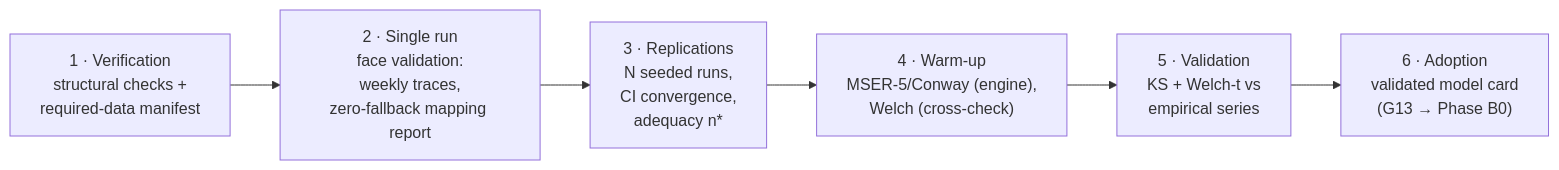
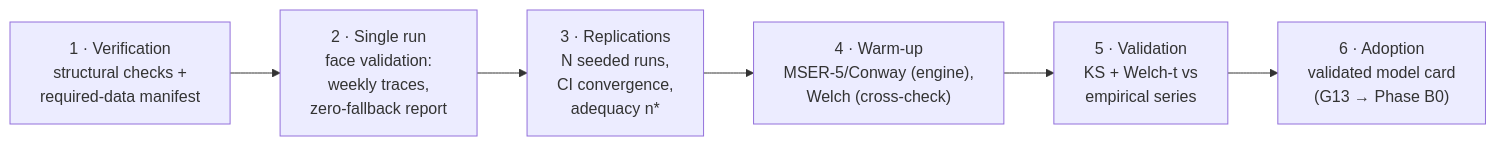
One commit to suresuite/suresuite-v001-3-f6699a5b changed the second of 2 diagrams in docs/design/platform-architecture-report.md. Above: the diagram before and after it, drawn with Mermaid. The commit also changed other lines of this file and 1 other file, not shown here.

First line of the commit message:
§12 + report v2.0: code-verified architecture, design rationale, SOTA argument, five-agent AI roster

````diff
--- a/docs/design/platform-architecture-report.md
+++ b/docs/design/platform-architecture-report.md
@@ -417,10 +479,10 @@
 ```mermaid
 flowchart LR
     V["1 · Verification\nstructural checks +\nrequired-data manifest"]
-    S["2 · Single run\nface validation:\nweekly traces,\nzero-fallback mapping report"]
+    S["2 · Single run\nface validation:\nweekly traces,\nzero-fallback report"]
     R["3 · Replications\nN seeded runs,\nCI convergence,\nadequacy n*"]
     W["4 · Warm-up\nMSER-5/Conway (engine),\nWelch (cross-check)"]
     T["5 · Validation\nKS + Welch-t vs\nempirical series"]
     C["6 · Adoption\nvalidated model card\n(G13 → Phase B0)"]
     V --> S --> R --> W --> T --> C
 ```
````
